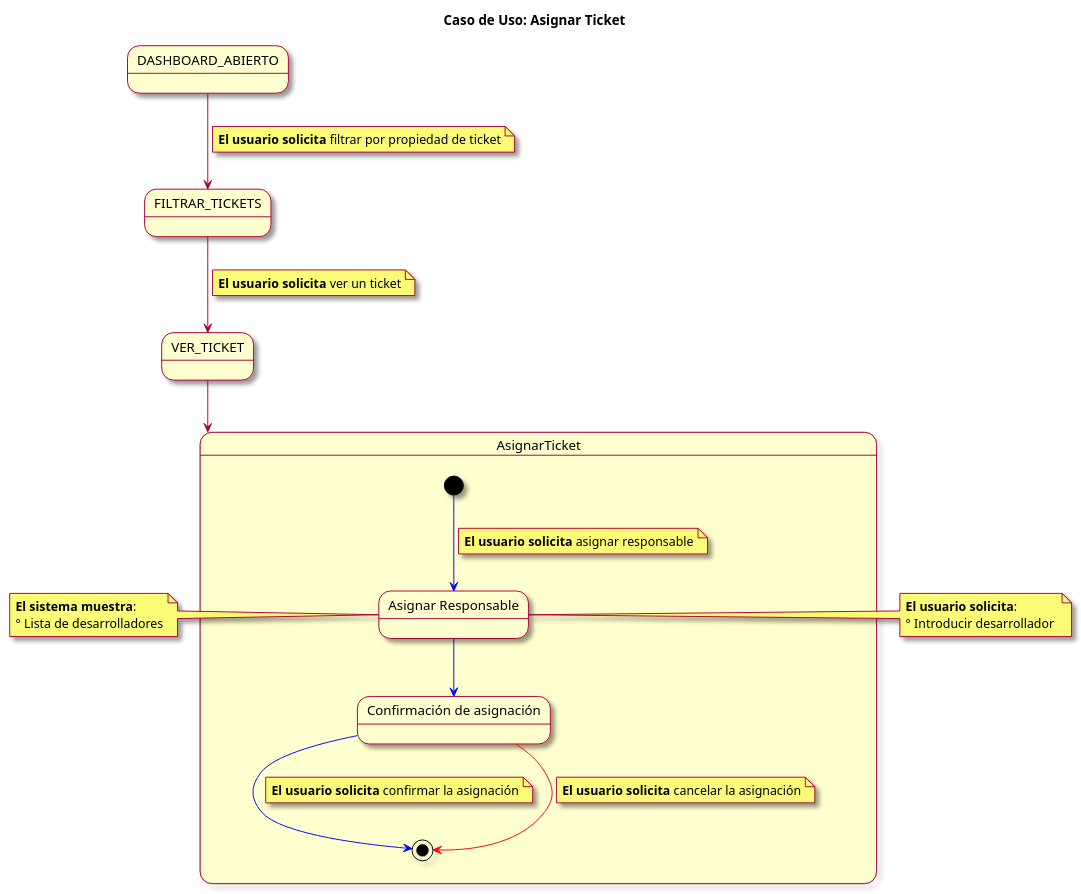
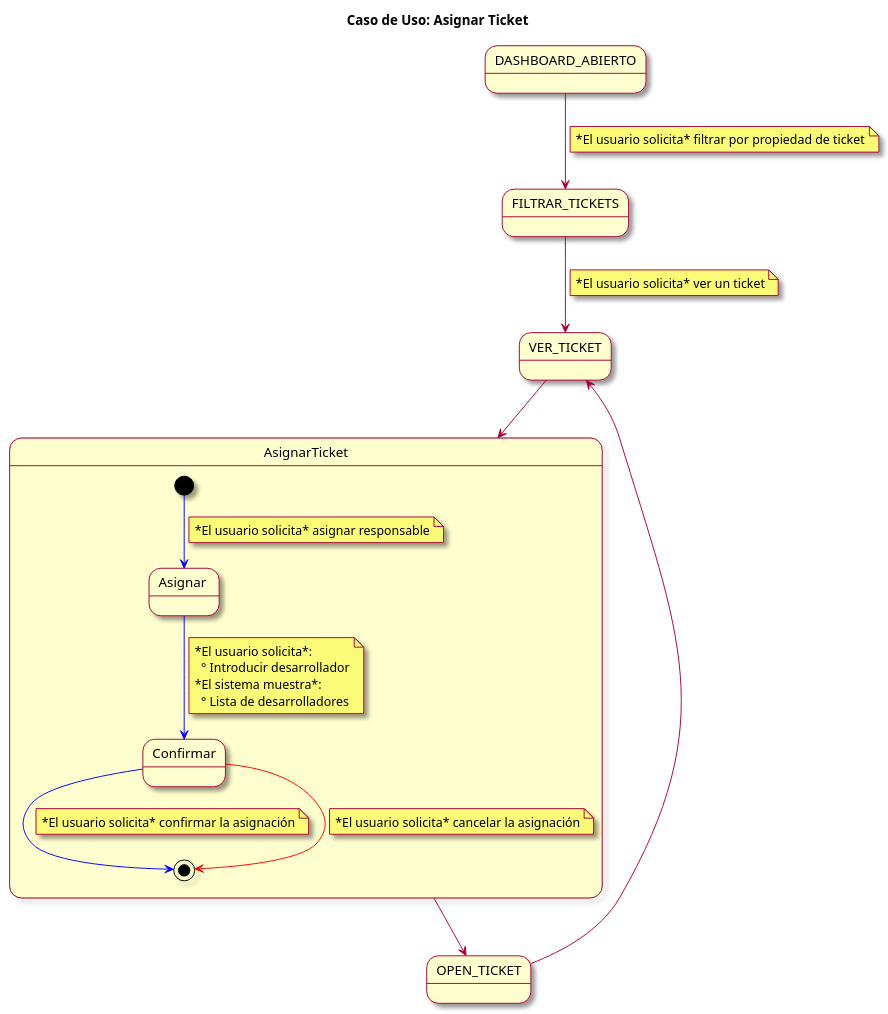
Before and after one commit to mmasias/23-24-IdSw1-SDR: the diagram in modelosUML/CasosDeUsos/CasosDetallados/AsignarTicket.puml, drawn with PlantUML. The commit also changed 1 other file, not shown here.

```diff
--- a/modelosUML/CasosDeUsos/CasosDetallados/AsignarTicket.puml
+++ b/modelosUML/CasosDeUsos/CasosDetallados/AsignarTicket.puml
@@ -1,41 +1,39 @@
 @startuml
 skin rose
 title Caso de Uso: Asignar Ticket
 
 state DASHBOARD_ABIERTO
 state VER_TICKET
 state FILTRAR_TICKETS
-
+state OPEN_TICKET
 
 DASHBOARD_ABIERTO --> FILTRAR_TICKETS
-note on link: **El usuario solicita** filtrar por propiedad de ticket
+note on link: *El usuario solicita* filtrar por propiedad de ticket
 FILTRAR_TICKETS --> VER_TICKET
-note on link: **El usuario solicita** ver un ticket
+note on link: *El usuario solicita* ver un ticket
 VER_TICKET --> AsignarTicket
+AsignarTicket --> OPEN_TICKET
+OPEN_TICKET --> VER_TICKET
 
 state AsignarTicket {
 
   [*] -[#blue]-> ingresarVerTicket
-  note on link: **El usuario solicita** asignar responsable
-  state "Asignar Responsable" as ingresarVerTicket
+  note on link: *El usuario solicita* asignar responsable
+  state "Asignar " as ingresarVerTicket
   ingresarVerTicket -[#blue]-> confirmarAsignacion
-  state "Confirmación de asignación" as confirmarAsignacion
+note on link 
+*El usuario solicita*: 
+  ° Introducir desarrollador
+*El sistema muestra*: 
+  ° Lista de desarrolladores
+end note
+  state "Confirmar" as confirmarAsignacion
   confirmarAsignacion -[#blue]-> [*]
-  note on link: **El usuario solicita** confirmar la asignación
+  note on link: *El usuario solicita* confirmar la asignación
     
   confirmarAsignacion -[#red]-> [*]
-  note on link: **El usuario solicita** cancelar la asignación
+  note on link: *El usuario solicita* cancelar la asignación
+
     
 }
-
-note left of ingresarVerTicket
-  **El sistema muestra**: 
-  ° Lista de desarrolladores
-end note
-
-note left of ingresarVerTicket
-  **El usuario solicita**: 
-  ° Introducir desarrollador 
-end note
-
 @enduml
```
